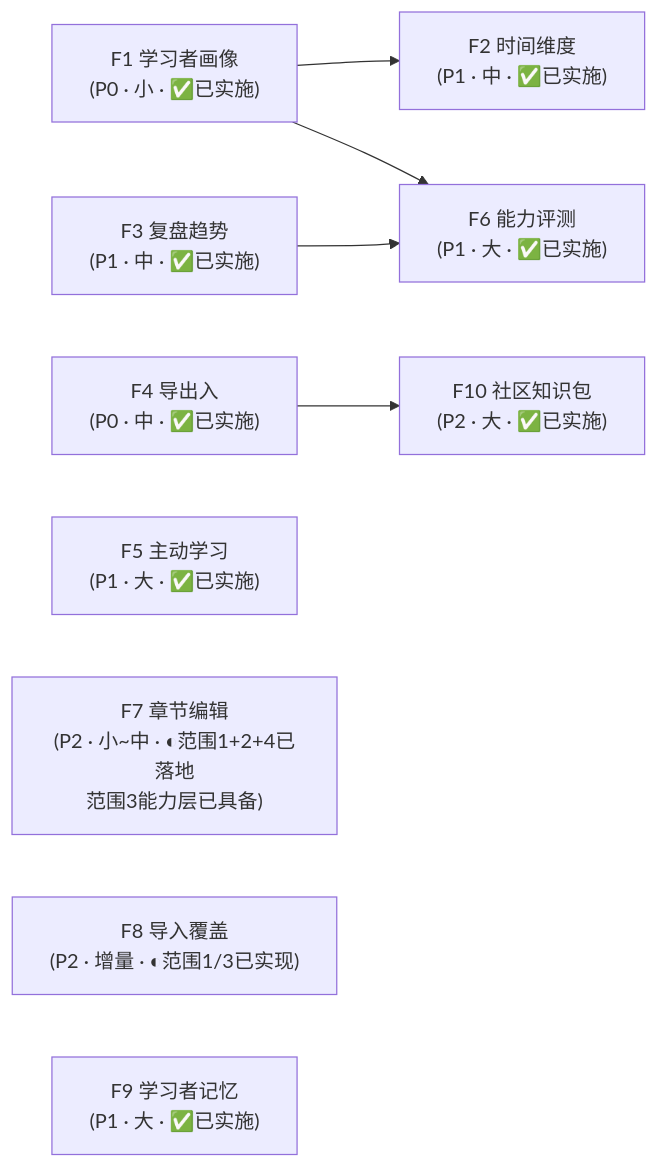
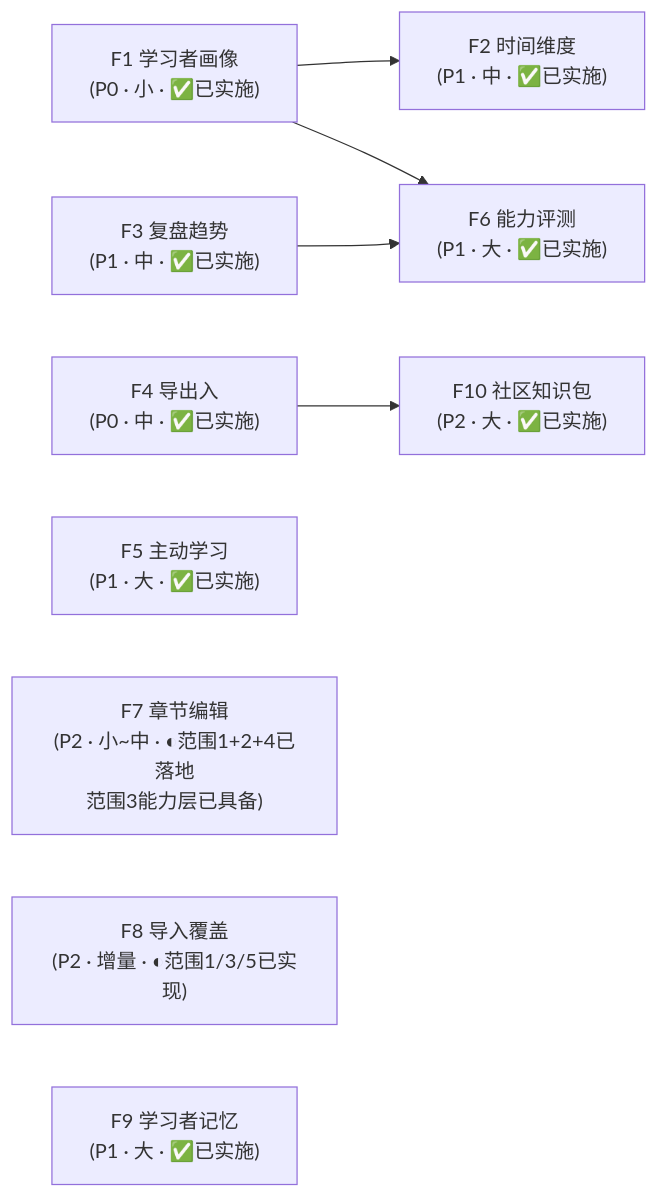
The diagram in docs/roadmap-next-features-plan-2026-09.md (JackXuyi/Personal-Learning-OS), drawn with Mermaid before and after one commit. The commit also changed other lines of this file and 8 other files, not shown here.

````diff
--- a/docs/roadmap-next-features-plan-2026-09.md
+++ b/docs/roadmap-next-features-plan-2026-09.md
@@ -513,24 +525,24 @@
 ```mermaid
 flowchart LR
     F1["F1 学习者画像<br/>(P0 · 小 · ✅已实施)"]
     F4["F4 导出入<br/>(P0 · 中 · ✅已实施)"]
     F3["F3 复盘趋势<br/>(P1 · 中 · ✅已实施)"]
     F2["F2 时间维度<br/>(P1 · 中 · ✅已实施)"]
     F5["F5 主动学习<br/>(P1 · 大 · ✅已实施)"]
     F6["F6 能力评测<br/>(P1 · 大 · ✅已实施)"]
     F7["F7 章节编辑<br/>(P2 · 小~中 · ◐范围1+2+4已落地<br/>范围3能力层已具备)"]
-    F8["F8 导入覆盖<br/>(P2 · 增量 · ◐范围1/3已实现)"]
+    F8["F8 导入覆盖<br/>(P2 · 增量 · ◐范围1/3/5已实现)"]
     F9["F9 学习者记忆<br/>(P1 · 大 · ✅已实施)"]
     F10["F10 社区知识包<br/>(P2 · 大 · ✅已实施)"]
 
     F1 --> F2
     F1 --> F6
     F3 --> F6
     F4 --> F10
     F4
     F5
     F7
     F8
     F9
     F10
 ```
````
